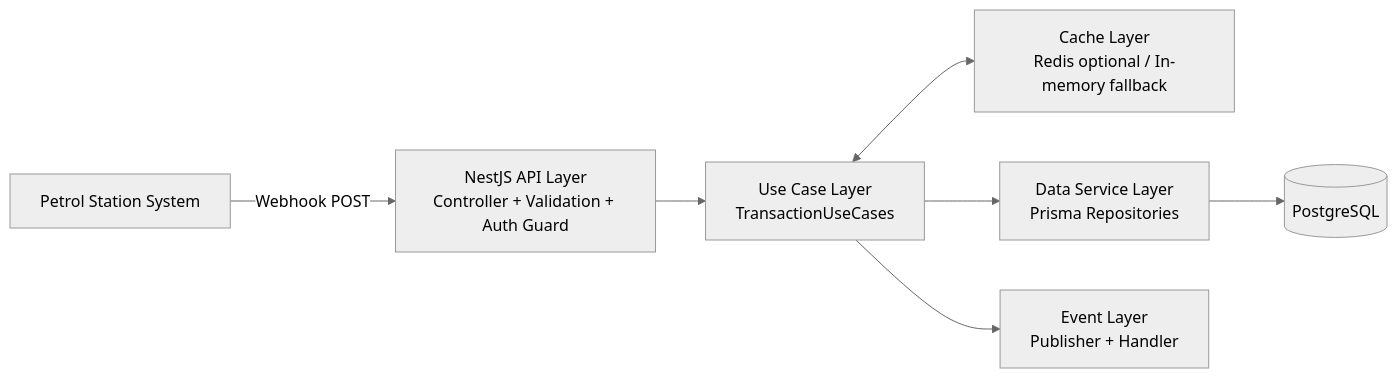
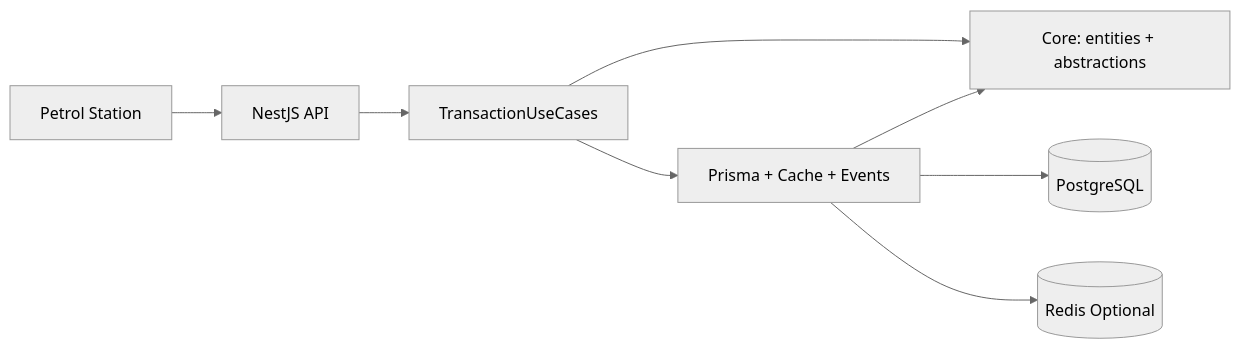
Before and after one commit to radyatamaa/myfuel-transaction-processor: the third of 3 diagrams in docs/system-design.md, drawn with Mermaid (neutral theme). The commit also changed other lines of this file and 1 other file, not shown here.

Commit message:
docs: simplify README and system design, and align ERD with prisma schema

````diff
--- a/docs/system-design.md
+++ b/docs/system-design.md
@@ -206,17 +132,10 @@
 ```mermaid
 flowchart LR
-    PS[Petrol Station System]
-    API[NestJS API Layer<br/>Controller + Validation + Auth Guard]
-    UC[Use Case Layer<br/>TransactionUseCases]
-    CACHE[Cache Layer<br/>Redis optional / In-memory fallback]
-    DS[Data Service Layer<br/>Prisma Repositories]
-    DB[(PostgreSQL)]
-    EV[Event Layer<br/>Publisher + Handler]
-
-    PS -->|Webhook POST| API
-    API --> UC
-    UC <--> CACHE
-    UC --> DS
-    DS --> DB
-    UC --> EV
+  ST[Petrol Station] --> API[NestJS API]
+  API --> UC[TransactionUseCases]
+  UC --> CORE[Core: entities + abstractions]
+  UC --> INFRA[Prisma + Cache + Events]
+  INFRA --> CORE
+  INFRA --> DB[(PostgreSQL)]
+  INFRA --> REDIS[(Redis Optional)]
 ```
````
